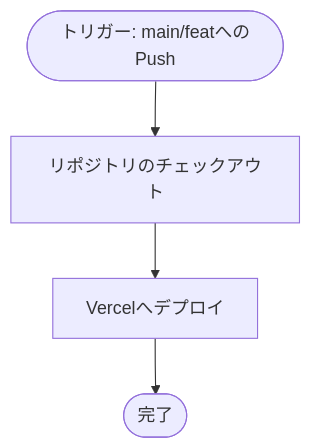
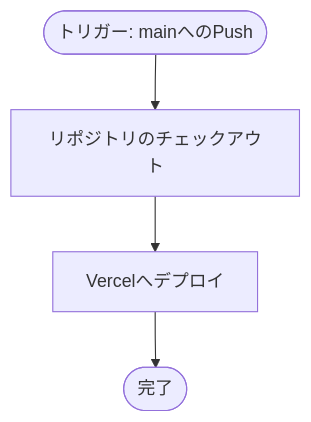
One commit to masanori-satake/QuickLog-Solo changed the fourth of 6 diagrams in docs/README_ACTIONS.md. Above: the diagram before and after it, drawn with Mermaid. The commit also changed other lines of this file and 1 other file, not shown here.

````diff
--- a/docs/README_ACTIONS.md
+++ b/docs/README_ACTIONS.md
@@ -105,6 +105,6 @@
 ```mermaid
 graph TD
-    Start([トリガー: main/featへのPush]) --> Checkout[リポジトリのチェックアウト]
+    Start([トリガー: mainへのPush]) --> Checkout[リポジトリのチェックアウト]
     Checkout --> Vercel[Vercelへデプロイ]
     Vercel --> End([完了])
 ```
````
